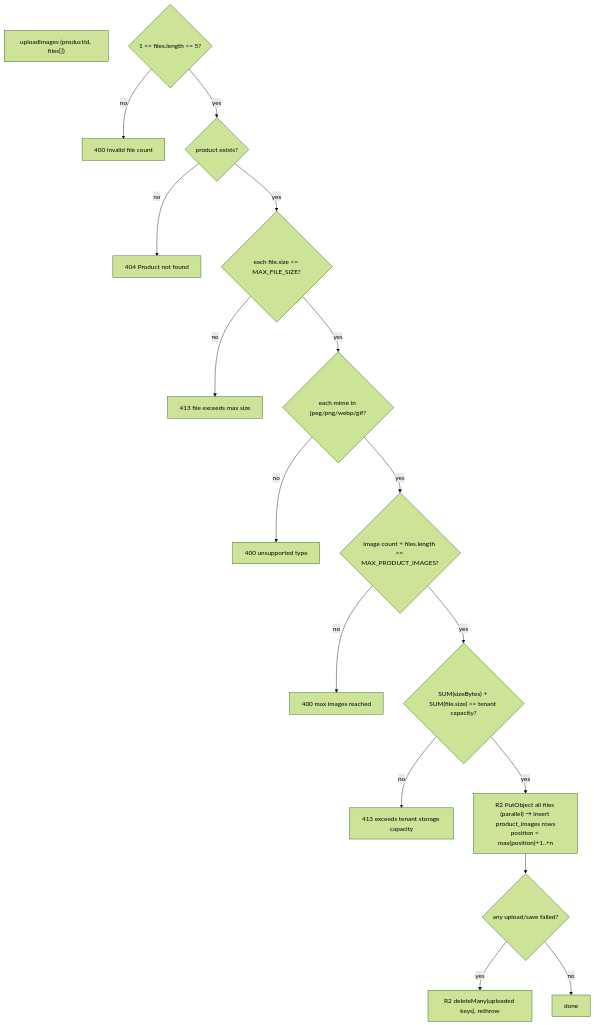
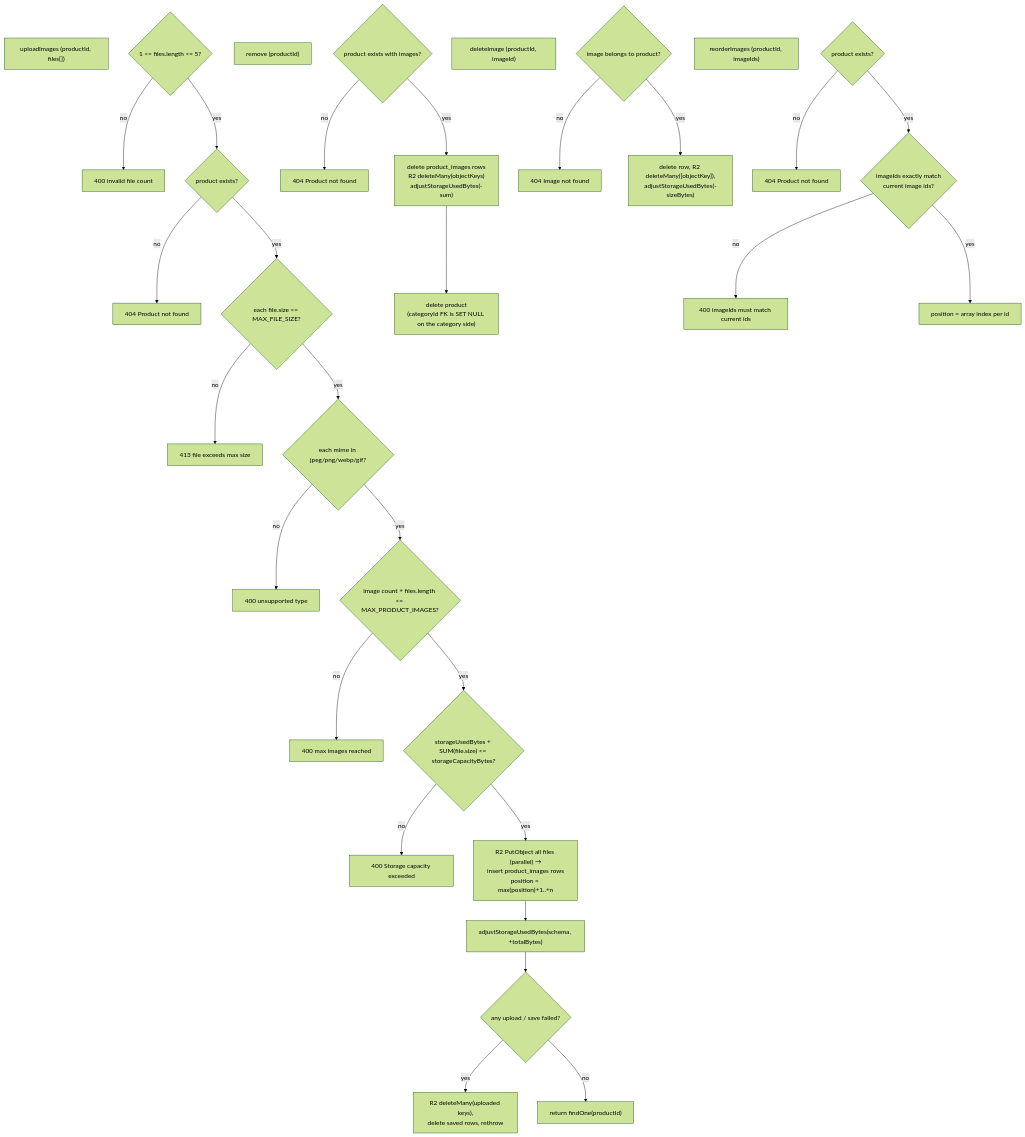
The second of 2 diagrams in apps/api/src/modules/products/workflow.md (DevBassel/saas_commerce), drawn with Mermaid (forest theme) before and after one commit. The commit also changed other lines of this file and 100 other files, not shown here.

````diff
--- a/apps/api/src/modules/products/workflow.md
+++ b/apps/api/src/modules/products/workflow.md
@@ -36,13 +42,28 @@
 ```mermaid
 flowchart TD
     UPIMG["uploadImages (productId, files[])"]
         U0{"1 <= files.length <= 5?"} -->|"no"| U0E["400 invalid file count"]
         U0 -->|"yes"| U1{"product exists?"} -->|"no"| U1E["404 Product not found"]
         U1 -->|"yes"| U2{"each file.size <= MAX_FILE_SIZE?"} -->|"no"| U2E["413 file exceeds max size"]
         U2 -->|"yes"| U3{"each mime in jpeg/png/webp/gif?"} -->|"no"| U3E["400 unsupported type"]
         U3 -->|"yes"| U4{"image count + files.length <= MAX_PRODUCT_IMAGES?"} -->|"no"| U4E["400 max images reached"]
-        U4 -->|"yes"| U5{"SUM(sizeBytes) + SUM(file.size) <= tenant capacity?"} -->|"no"| U5E["413 exceeds tenant storage capacity"]
-        U5 -->|"yes"| U6["R2 PutObject all files (parallel) → insert product_images rows<br/>position = max(position)+1..+n"]
-        U6 --> U7{"any upload/save failed?"} -->|"yes"| U7E["R2 deleteMany(uploaded keys), rethrow"]
-        U7 -->|"no"| U8["done"]
+        U4 -->|"yes"| U5{"storageUsedBytes + SUM(file.size) <= storageCapacityBytes?"} -->|"no"| U5E["400 Storage capacity exceeded"]
+        U5 -->|"yes"| U6["R2 PutObject all files (parallel) →<br/>insert product_images rows<br/>position = max(position)+1..+n"]
+        U6 --> U7["adjustStorageUsedBytes(schema, +totalBytes)"]
+        U7 --> U8{"any upload / save failed?"} -->|"yes"| U8E["R2 deleteMany(uploaded keys),<br/>delete saved rows, rethrow"]
+        U8 -->|"no"| U9["return findOne(productId)"]
+
+    RMIMG["remove (productId)"]
+        R1{"product exists with images?"} -->|"no"| R1E["404 Product not found"]
+        R1 -->|"yes"| R2["delete product_images rows<br/>R2 deleteMany(objectKeys)<br/>adjustStorageUsedBytes(-sum)"]
+        R2 --> R3["delete product<br/>(categoryId FK is SET NULL on the category side)"]
+
+    DELIMG["deleteImage (productId, imageId)"]
+        D1{"image belongs to product?"} -->|"no"| D1E["404 Image not found"]
+        D1 -->|"yes"| D2["delete row, R2 deleteMany([objectKey]),<br/>adjustStorageUsedBytes(-sizeBytes)"]
+
+    REORD["reorderImages (productId, imageIds)"]
+        O1{"product exists?"} -->|"no"| O1E["404 Product not found"]
+        O1 -->|"yes"| O2{"imageIds exactly match<br/>current image ids?"} -->|"no"| O2E["400 imageIds must match current ids"]
+        O2 -->|"yes"| O3["position = array index per id"]
 ```
````
